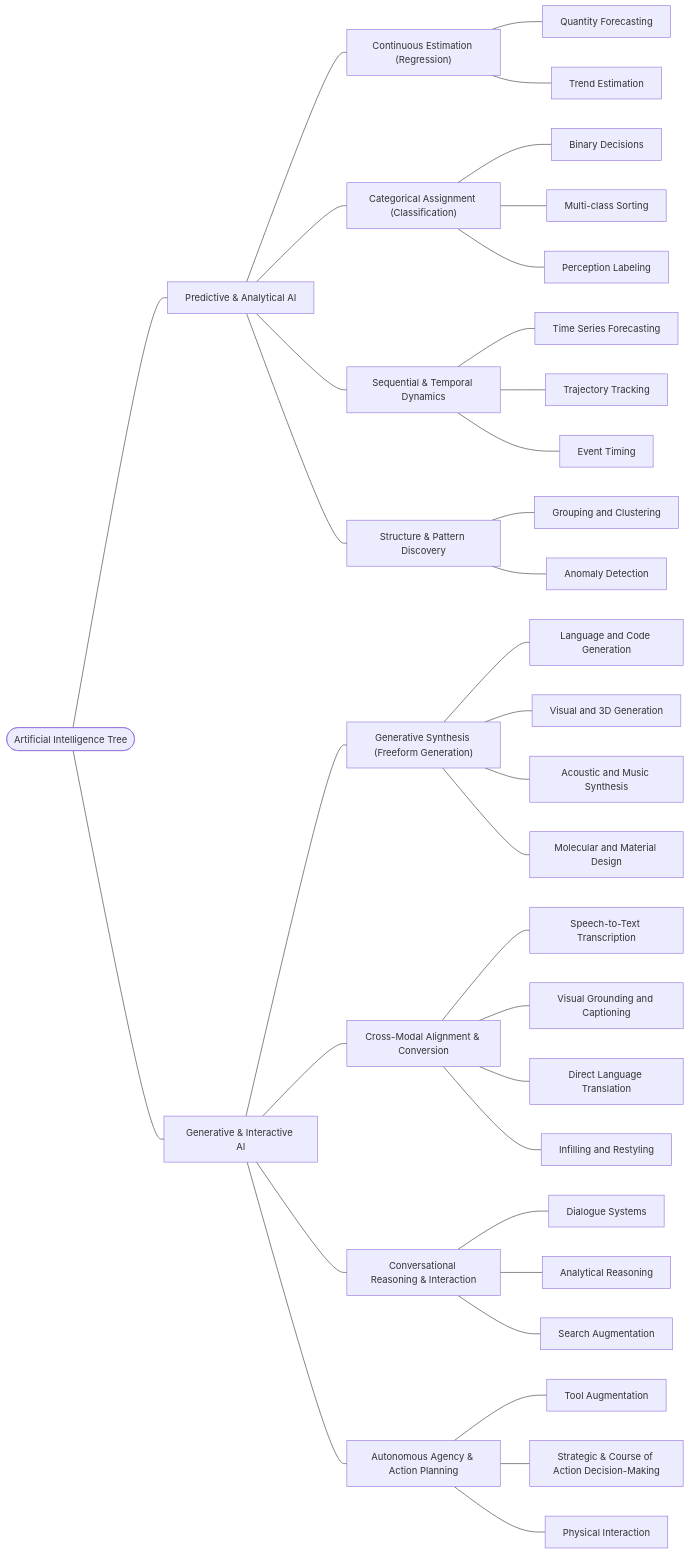
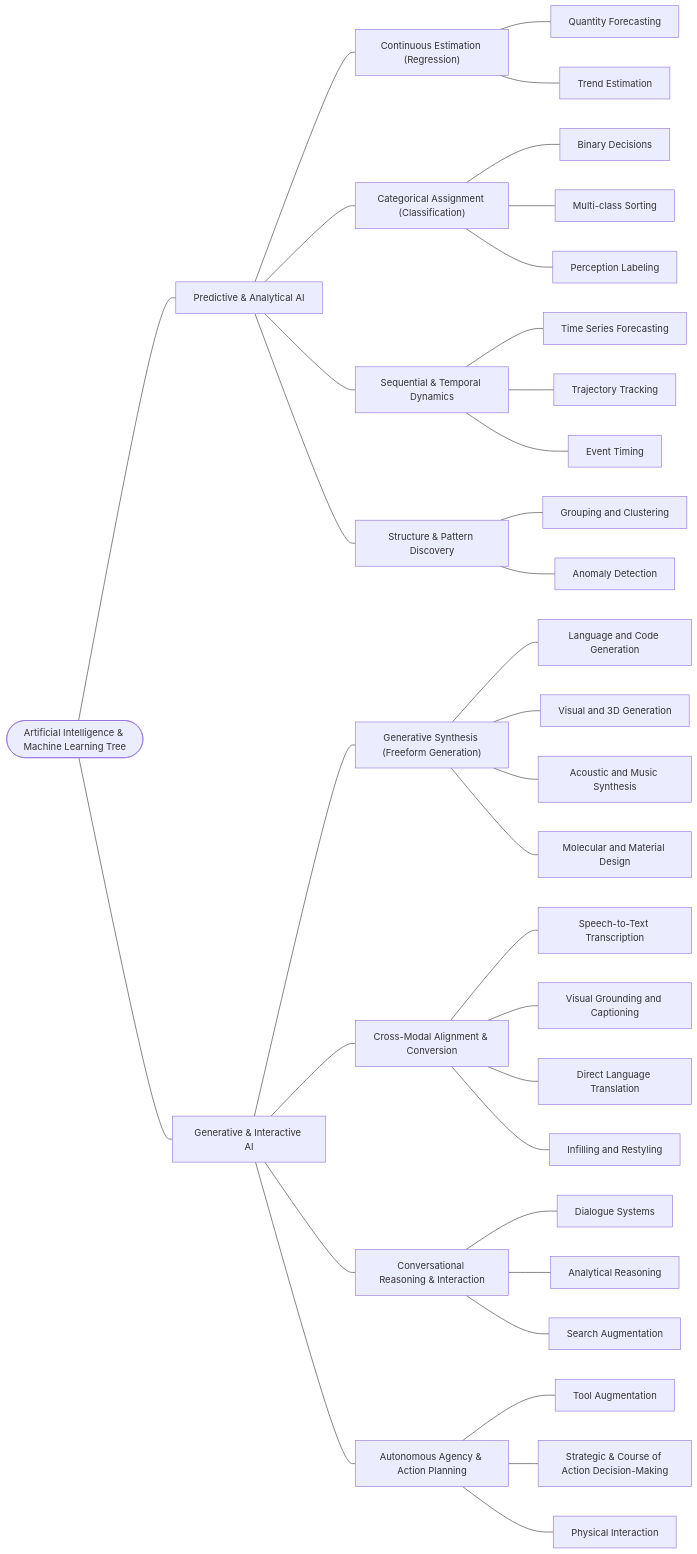
One commit to THEGerm/AI-Chart changed the diagram in charts/AI_tree.mmd. Above: the diagram before and after it, drawn with Mermaid.

Commit message:
Update title to include 'Machine Learning'

```diff
--- a/charts/AI_tree.mmd
+++ b/charts/AI_tree.mmd
@@ -1,46 +1,46 @@
 flowchart LR
-    AI(["Artificial Intelligence Tree"]):::ucRoot
+    AI(["Artificial Intelligence & Machine Learning Tree"]):::ucRoot
     
     AI --- B1["Predictive & Analytical AI"]:::ucBlue
     
     B1 --- B1A["Continuous Estimation (Regression)"]:::ucGreen
     B1A --- B1A1["Quantity Forecasting"]
     B1A --- B1A2["Trend Estimation"]
     
     B1 --- B1B["Categorical Assignment (Classification)"]:::ucGreen
     B1B --- B1B1["Binary Decisions"]
     B1B --- B1B2["Multi-class Sorting"]
     B1B --- B1B3["Perception Labeling"]
     
     B1 --- B1C["Sequential & Temporal Dynamics"]:::ucGreen
     B1C --- B1C1["Time Series Forecasting"]
     B1C --- B1C2["Trajectory Tracking"]
     B1C --- B1C3["Event Timing"]
     
     B1 --- B1D["Structure & Pattern Discovery"]:::ucGreen
     B1D --- B1D1["Grouping and Clustering"]
     B1D --- B1D2["Anomaly Detection"]
     
     AI --- B2["Generative & Interactive AI"]:::ucOrange
     
     B2 --- B2A["Generative Synthesis (Freeform Generation)"]:::ucYellow
     B2A --- B2A1["Language and Code Generation"]
     B2A --- B2A2["Visual and 3D Generation"]
     B2A --- B2A3["Acoustic and Music Synthesis"]
     B2A --- B2A4["Molecular and Material Design"]
     
     B2 --- B2B["Cross-Modal Alignment & Conversion"]:::ucYellow
     B2B --- B2B1["Speech-to-Text Transcription"]
     B2B --- B2B2["Visual Grounding and Captioning"]
     B2B --- B2B3["Direct Language Translation"]
     B2B --- B2B4["Infilling and Restyling"]
     
     B2 --- B2C["Conversational Reasoning & Interaction"]:::ucYellow
     B2C --- B2C1["Dialogue Systems"]
     B2C --- B2C2["Analytical Reasoning"]
     B2C --- B2C3["Search Augmentation"]
     
     B2 --- B2D["Autonomous Agency & Action Planning"]:::ucYellow
     B2D --- B2D1["Tool Augmentation"]
     B2D --- B2D2["Strategic & Course of Action Decision-Making"]
     B2D --- B2D3["Physical Interaction"]
```
